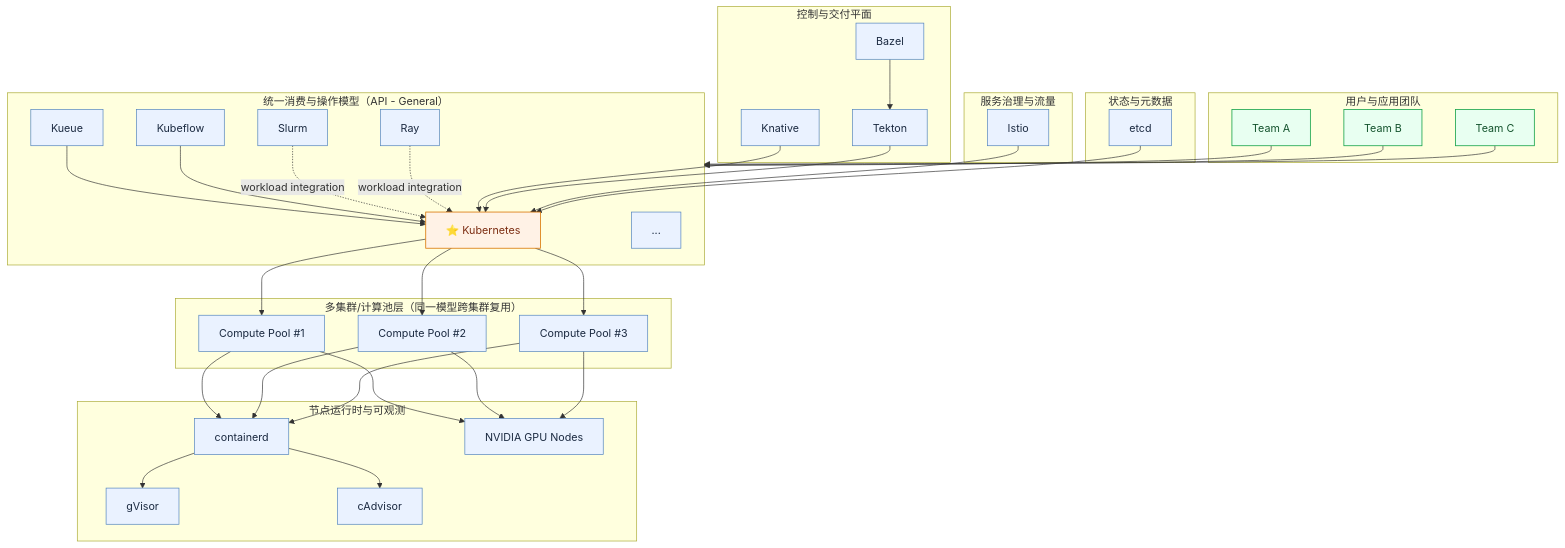
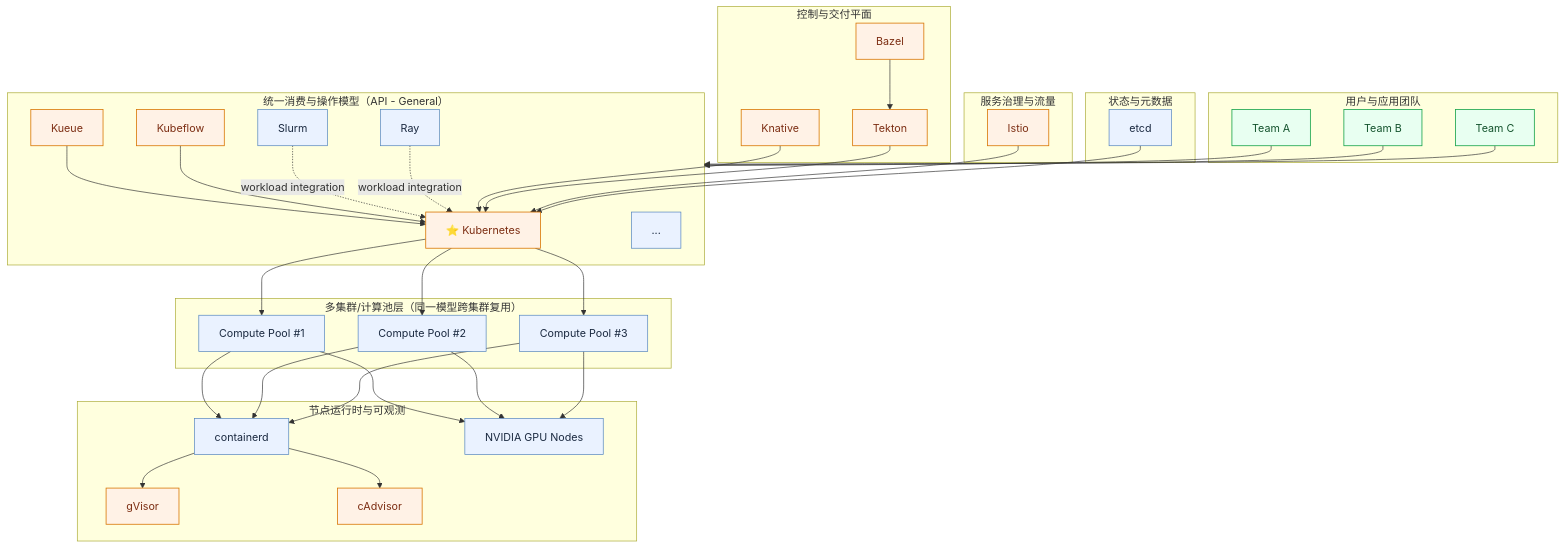
Before and after one commit to pacoxu/AI-Infra: the diagram in case-study/google.md, drawn with Mermaid.

Commit message:
Apply suggestion from @gemini-code-assist[bot]

````diff
--- a/case-study/google.md
+++ b/case-study/google.md
@@ -9,80 +9,80 @@
 ```mermaid
 flowchart TB
   subgraph USER["用户与应用团队"]
     U1["Team A"]
     U2["Team B"]
     U3["Team C"]
   end
 
   subgraph API["统一消费与操作模型（API - General）"]
     K8S["⭐ Kubernetes"]
     KUEUE["Kueue"]
     KUBEFLOW["Kubeflow"]
     SLURM["Slurm"]
     RAY["Ray"]
     MORE["..."]
   end
 
   subgraph CONTROL["控制与交付平面"]
     KNATIVE["Knative"]
     TEKTON["Tekton"]
     BAZEL["Bazel"]
   end
 
   subgraph POOL["多集群/计算池层（同一模型跨集群复用）"]
     P1["Compute Pool #1"]
     P2["Compute Pool #2"]
     P3["Compute Pool #3"]
   end
 
   subgraph NODE["节点运行时与可观测"]
     CTD["containerd"]
     GVISOR["gVisor"]
     CADV["cAdvisor"]
     GPU["NVIDIA GPU Nodes"]
   end
 
   subgraph GOVERN["服务治理与流量"]
     ISTIO["Istio"]
   end
 
   subgraph STORAGE["状态与元数据"]
     ETCD["etcd"]
   end
 
   U1 --> API
   U2 --> API
   U3 --> API
 
   K8S --> P1
   K8S --> P2
   K8S --> P3
   KUEUE --> K8S
   KUBEFLOW --> K8S
   SLURM -. workload integration .-> K8S
   RAY -. workload integration .-> K8S
 
   KNATIVE --> K8S
   TEKTON --> K8S
   BAZEL --> TEKTON
 
   P1 --> CTD
   P2 --> CTD
   P3 --> CTD
   CTD --> GVISOR
   CTD --> CADV
   P1 --> GPU
   P2 --> GPU
   P3 --> GPU
 
   ISTIO --> K8S
   ETCD --> K8S
 
   classDef star fill:#fff2e6,stroke:#d97706,color:#7c2d12,stroke-width:1.2px;
   classDef normal fill:#eaf2ff,stroke:#4f81bd,color:#1b2a41,stroke-width:1px;
   classDef base fill:#e8fff1,stroke:#16a34a,color:#14532d,stroke-width:1.2px;
 
-  class K8S star;
-  class KUEUE,KUBEFLOW,SLURM,RAY,MORE,KNATIVE,TEKTON,BAZEL,P1,P2,P3,CTD,GVISOR,CADV,GPU,ISTIO,ETCD normal;
+  class K8S,KUEUE,KUBEFLOW,KNATIVE,TEKTON,BAZEL,GVISOR,CADV,ISTIO star;
+  class SLURM,RAY,MORE,P1,P2,P3,CTD,GPU,ETCD normal;
   class U1,U2,U3 base;
 ```
````
